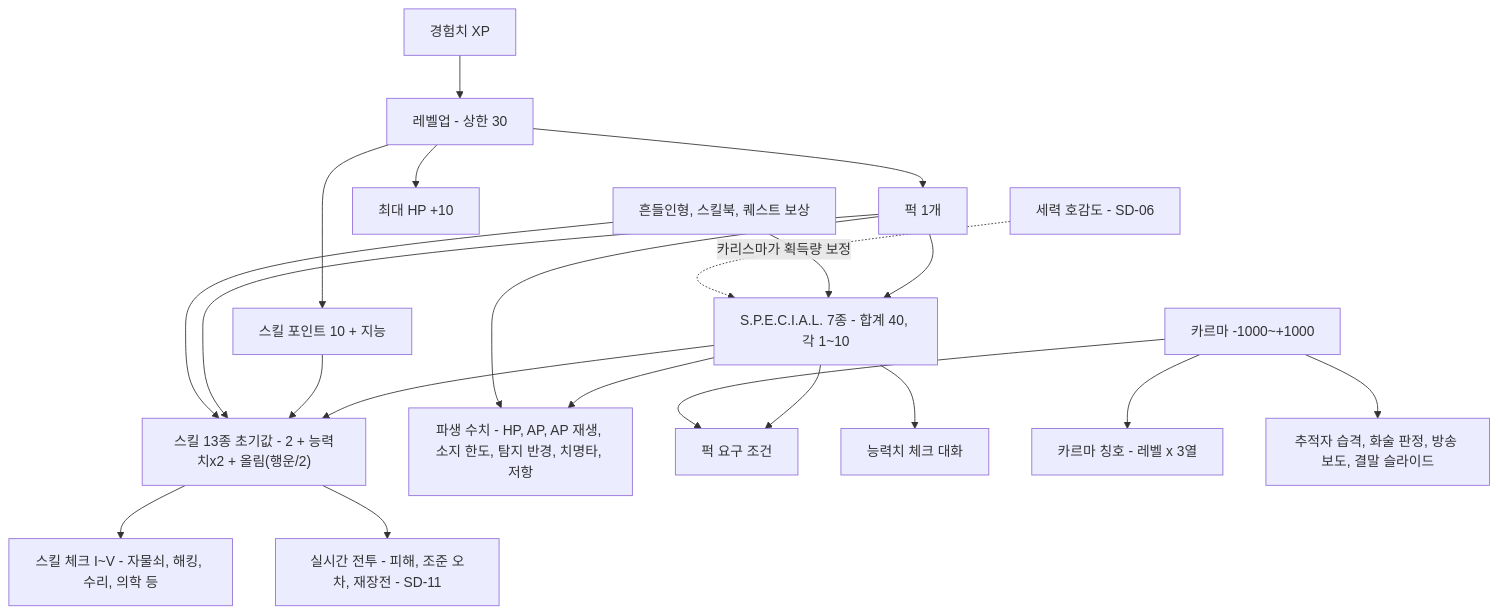
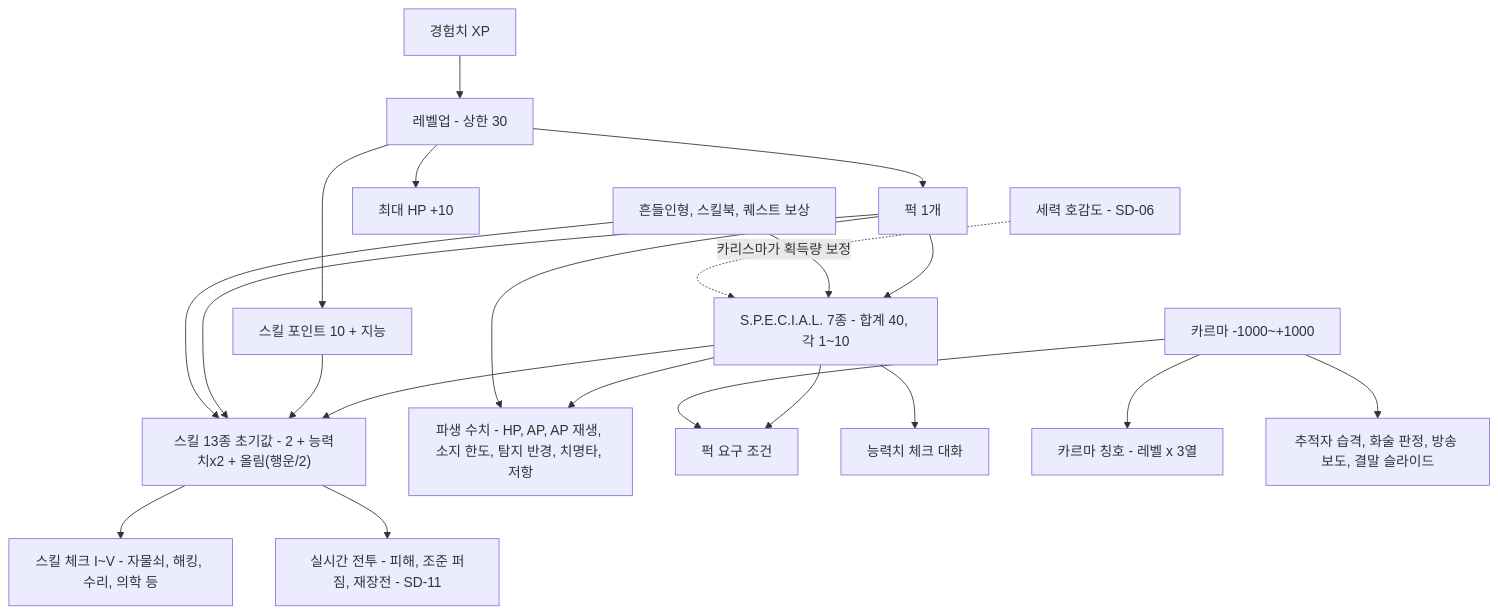
Before and after one commit to forsurvive/003: the diagram in docs/seoul-fallout/10_character-system.md, drawn with Mermaid. The commit also changed other lines of this file and 4 other files, not shown here.

````diff
--- a/docs/seoul-fallout/10_character-system.md
+++ b/docs/seoul-fallout/10_character-system.md
@@ -48,23 +48,23 @@
 ```mermaid
 flowchart TD
     A["S.P.E.C.I.A.L. 7종 - 합계 40, 각 1~10"] --> B["스킬 13종 초기값 - 2 + 능력치x2 + 올림(행운/2)"]
     A --> C["파생 수치 - HP, AP, AP 재생, 소지 한도, 탐지 반경, 치명타, 저항"]
     A --> D["퍽 요구 조건"]
     A --> E["능력치 체크 대화"]
     F["경험치 XP"] --> G["레벨업 - 상한 30"]
     G --> H["스킬 포인트 10 + 지능"]
     G --> I["퍽 1개"]
     G --> J["최대 HP +10"]
     H --> B
     I --> A
     I --> B
     I --> C
     K["카르마 -1000~+1000"] --> L["카르마 칭호 - 레벨 x 3열"]
     K --> M["추적자 습격, 화술 판정, 방송 보도, 결말 슬라이드"]
     K --> D
     N["흔들인형, 스킬북, 퀘스트 보상"] --> A
     N --> B
     O["세력 호감도 - SD-06"] -.->|"카리스마가 획득량 보정"| A
     B --> P["스킬 체크 I~V - 자물쇠, 해킹, 수리, 의학 등"]
-    B --> Q["실시간 전투 - 피해, 조준 오차, 재장전 - SD-11"]
+    B --> Q["실시간 전투 - 피해, 조준 퍼짐, 재장전 - SD-11"]
 ```
````
